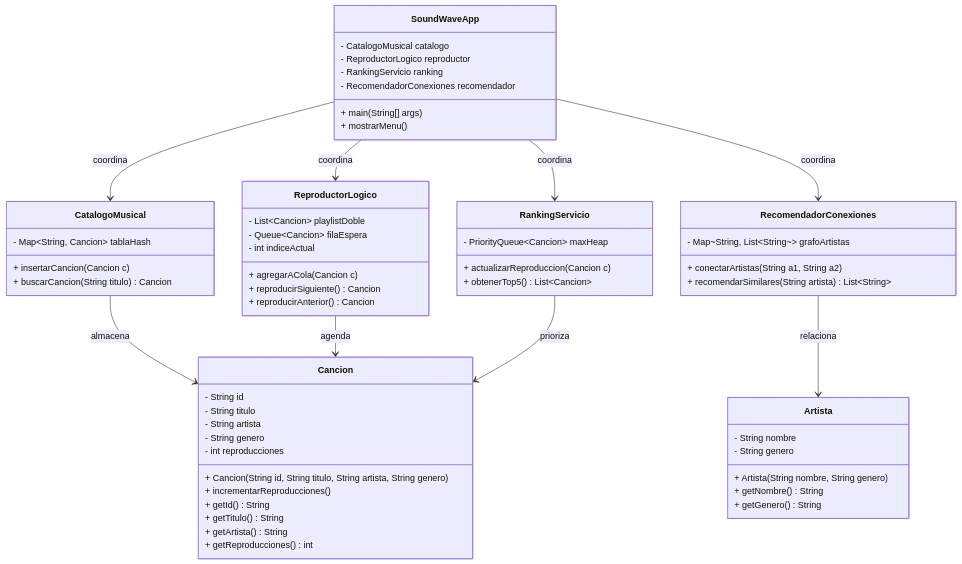
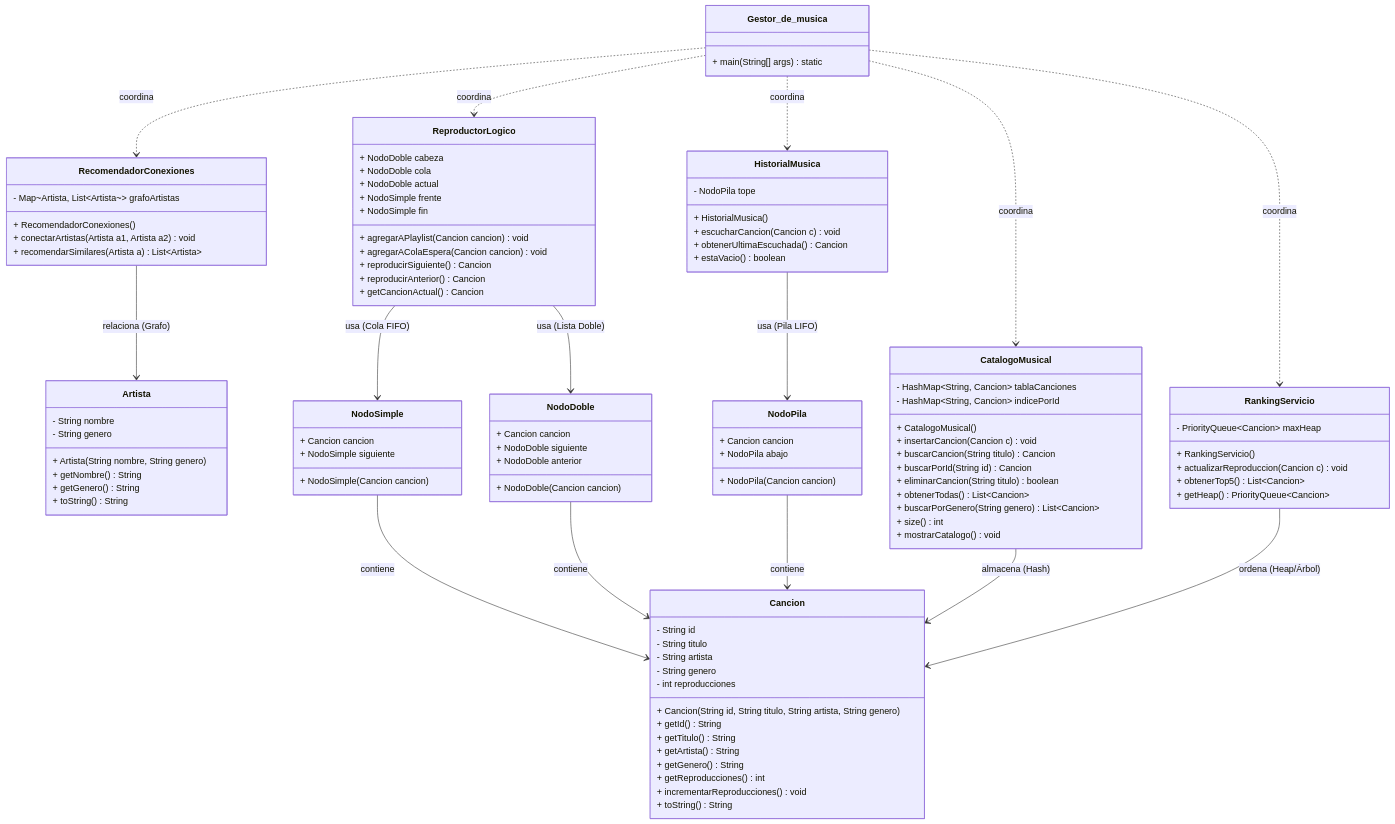
Before and after one commit to JuanJoToAl/Gestor-de-m-sica: the diagram in README.md, drawn with Mermaid.

Commit message:
Revise UML diagram in README
Updated UML diagram to reflect changes in classes and relationships.

````diff
--- a/README.md
+++ b/README.md
@@ -5,12 +5,15 @@
 ```mermaid
 classDiagram
-    class SoundWaveApp {
-        - CatalogoMusical catalogo
-        - ReproductorLogico reproductor
-        - RankingServicio ranking
-        - RecomendadorConexiones recomendador
-        + main(String[] args)
-        + mostrarMenu()
+    direction TB
+
+    %% --- ENTIDADES BÁSICAS ---
+    class Artista {
+        - String nombre
+        - String genero
+        + Artista(String nombre, String genero)
+        + getNombre() String
+        + getGenero() String
+        + toString() String
     }
 
     class Cancion {
@@ -20,54 +23,106 @@
         - String genero
         - int reproducciones
         + Cancion(String id, String titulo, String artista, String genero)
-        + incrementarReproducciones()
         + getId() String
         + getTitulo() String
         + getArtista() String
+        + getGenero() String
         + getReproducciones() int
+        + incrementarReproducciones() void
+        + toString() String
     }
 
-    class Artista {
-        - String nombre
-        - String genero
-        + Artista(String nombre, String genero)
-        + getNombre() String
-        + getGenero() String
+    %% --- NODOS ESTRUCTURALES ---
+    class NodoSimple {
+        + Cancion cancion
+        + NodoSimple siguiente
+        + NodoSimple(Cancion cancion)
     }
 
+    class NodoDoble {
+        + Cancion cancion
+        + NodoDoble siguiente
+        + NodoDoble anterior
+        + NodoDoble(Cancion cancion)
+    }
+
+    class NodoPila {
+        + Cancion cancion
+        + NodoPila abajo
+        + NodoPila(Cancion cancion)
+    }
+
+    %% --- MÓDULOS DEL SISTEMA ---
     class CatalogoMusical {
-        - Map~String, Cancion~ tablaHash
-        + insertarCancion(Cancion c)
+        - HashMap~String, Cancion~ tablaCanciones
+        - HashMap~String, Cancion~ indicePorId
+        + CatalogoMusical()
+        + insertarCancion(Cancion c) void
         + buscarCancion(String titulo) Cancion
+        + buscarPorId(String id) Cancion
+        + eliminarCancion(String titulo) boolean
+        + obtenerTodas() List~Cancion~
+        + buscarPorGenero(String genero) List~Cancion~
+        + size() int
+        + mostrarCatalogo() void
     }
 
     class ReproductorLogico {
-        - List~Cancion~ playlistDoble
-        - Queue~Cancion~ filaEspera
-        - int indiceActual
-        + agregarACola(Cancion c)
+        + NodoDoble cabeza
+        + NodoDoble cola
+        + NodoDoble actual
+        + NodoSimple frente
+        + NodoSimple fin
+        + agregarAPlaylist(Cancion cancion) void
+        + agregarAColaEspera(Cancion cancion) void
         + reproducirSiguiente() Cancion
         + reproducirAnterior() Cancion
+        + getCancionActual() Cancion
     }
 
     class RankingServicio {
         - PriorityQueue~Cancion~ maxHeap
-        + actualizarReproduccion(Cancion c)
+        + RankingServicio()
+        + actualizarReproduccion(Cancion c) void
         + obtenerTop5() List~Cancion~
+        + getHeap() PriorityQueue~Cancion~
+    }
+
+    class HistorialMusica {
+        - NodoPila tope
+        + HistorialMusica()
+        + escucharCancion(Cancion c) void
+        + obtenerUltimaEscuchada() Cancion
+        + estaVacio() boolean
     }
 
     class RecomendadorConexiones {
-        - Map~String, List~String~~ grafoArtistas
-        + conectarArtistas(String a1, String a2)
-        + recomendarSimilares(String artista) List~String~
+        - Map~Artista, List~Artista~~ grafoArtistas
+        + RecomendadorConexiones()
+        + conectarArtistas(Artista a1, Artista a2) void
+        + recomendarSimilares(Artista a) List~Artista~
     }
 
-    SoundWaveApp --> CatalogoMusical : coordina
-    SoundWaveApp --> ReproductorLogico : coordina
-    SoundWaveApp --> RankingServicio : coordina
-    SoundWaveApp --> RecomendadorConexiones : coordina
-    CatalogoMusical --> Cancion : almacena
-    ReproductorLogico --> Cancion : agenda
-    RankingServicio --> Cancion : prioriza
-    RecomendadorConexiones --> Artista : relaciona
+    class Gestor_de_musica {
+        + main(String[] args) static
+    }
+
+    %% --- RELACIONES DE ESTRUCTURA Y COMPOSICIÓN ---
+    NodoSimple --> Cancion : contiene
+    NodoDoble --> Cancion : contiene
+    NodoPila --> Cancion : contiene
+
+    CatalogoMusical --> Cancion : almacena (Hash)
+    RankingServicio --> Cancion : ordena (Heap/Árbol)
+    RecomendadorConexiones --> Artista : relaciona (Grafo)
+
+    ReproductorLogico --> NodoDoble : usa (Lista Doble)
+    ReproductorLogico --> NodoSimple : usa (Cola FIFO)
+    HistorialMusica --> NodoPila : usa (Pila LIFO)
+
+    Gestor_de_musica ..> CatalogoMusical : coordina
+    Gestor_de_musica ..> ReproductorLogico : coordina
+    Gestor_de_musica ..> RankingServicio : coordina
+    Gestor_de_musica ..> HistorialMusica : coordina
+    Gestor_de_musica ..> RecomendadorConexiones : coordina
 ```
````
